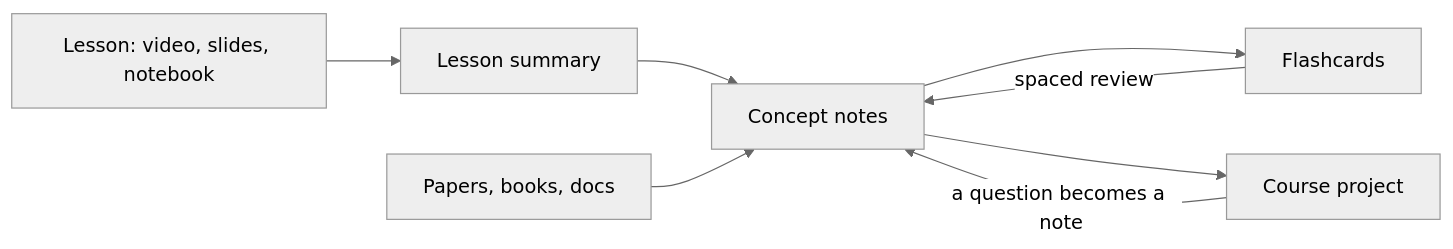
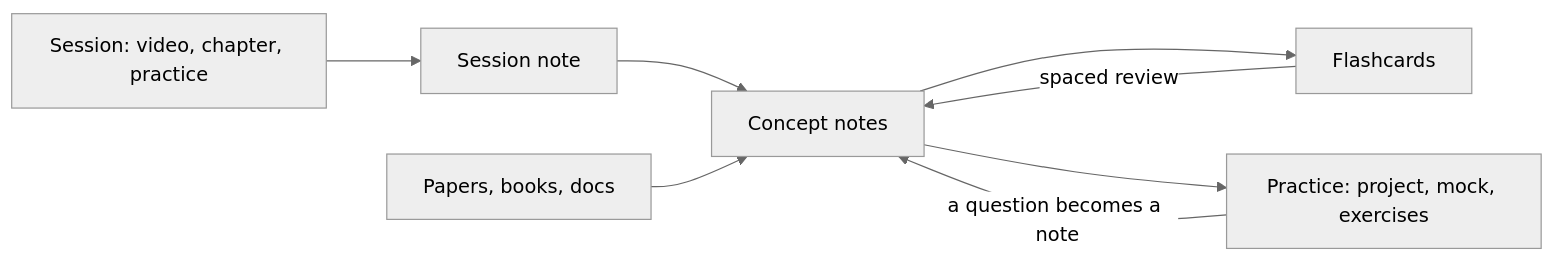
Before and after one commit to erikunha/vault-of-loci: the first of 2 diagrams in README.md, drawn with Mermaid (neutral theme). The commit also changed other lines of this file and 60 other files, not shown here.

````diff
--- a/README.md
+++ b/README.md
@@ -20,10 +21,10 @@
 ```mermaid
 flowchart LR
-  A["Lesson: video, slides, notebook"] --> R["Lesson summary"]
+  A["Session: video, chapter, practice"] --> R["Session note"]
   R --> C["Concept notes"]
   P["Papers, books, docs"] --> C
   C --> F["Flashcards"]
-  C --> J["Course project"]
+  C --> J["Practice: project, mock, exercises"]
   F -->|"spaced review"| C
   J -->|"a question becomes a note"| C
 ```
````
